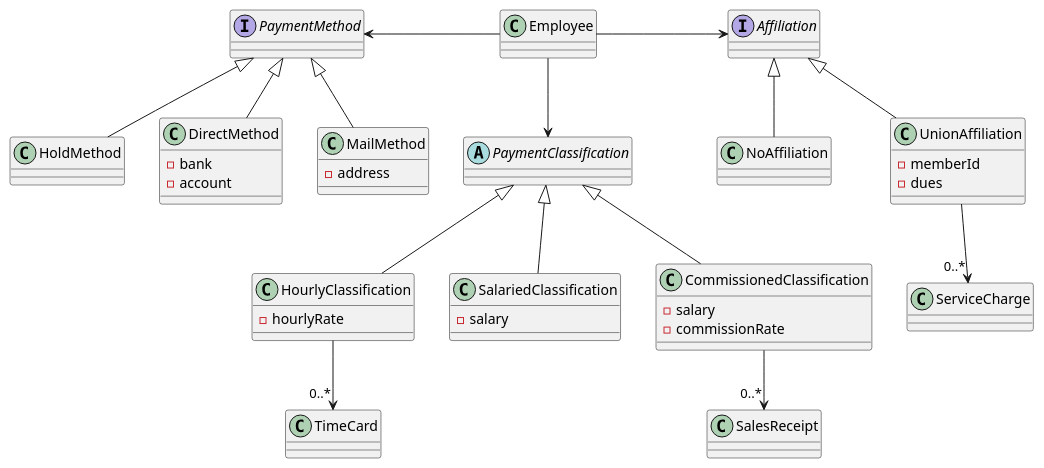
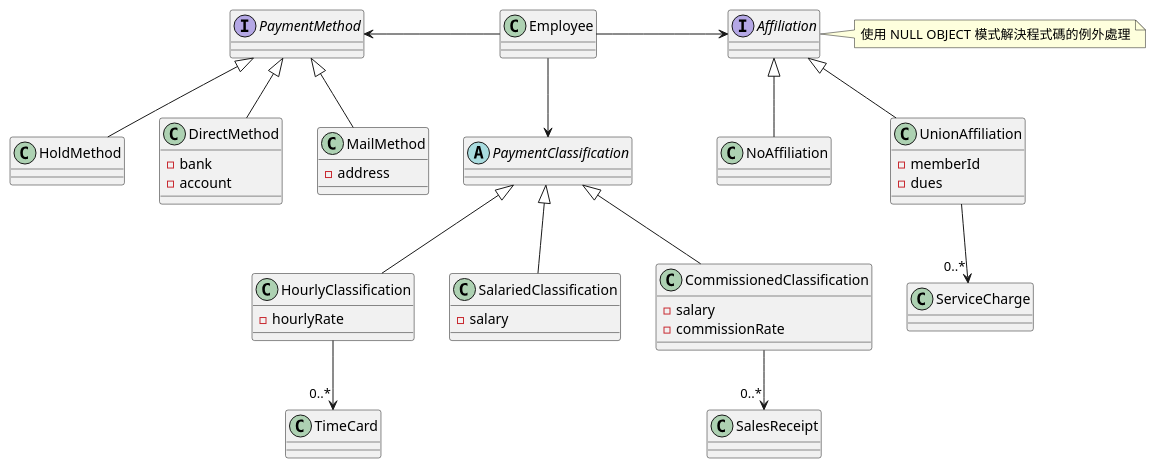
The diagram in uml/main.puml (sugky7302/clean-code-salary-practice), drawn with PlantUML before and after one commit. The commit also changed 6 other files, not shown here.

Commit message:
完成薪水支付方法的時序圖

```diff
--- a/uml/main.puml
+++ b/uml/main.puml
@@ -1,53 +1,56 @@
 @startuml main
 ' 支付方式
 interface PaymentMethod
 class HoldMethod
 class DirectMethod {
     - bank
     - account
 }
 class MailMethod {
     - address
 }
 PaymentMethod <|-- HoldMethod
 PaymentMethod <|-- DirectMethod
 PaymentMethod <|-- MailMethod
 
 ' 薪水類別
 abstract class PaymentClassification
 class HourlyClassification {
     - hourlyRate
 }
 class SalariedClassification {
     - salary
 }
 class CommissionedClassification {
     - salary
     - commissionRate
 }
 class TimeCard
 class SalesReceipt
 PaymentClassification <|-- HourlyClassification
 PaymentClassification <|-- SalariedClassification
 PaymentClassification <|-- CommissionedClassification
 HourlyClassification --> "0..*" TimeCard
 CommissionedClassification --> "0..*" SalesReceipt
 
 ' 工會類別
 interface Affiliation
+note right of Affiliation
+    使用 NULL OBJECT 模式解決程式碼的例外處理
+end note
 class NoAffiliation
 class UnionAffiliation {
     - memberId
     - dues
 }
 class ServiceCharge
 UnionAffiliation --> "0..*" ServiceCharge
-Affiliation <|-- NoAffiliation
+Affiliation <|-down- NoAffiliation
 Affiliation <|-- UnionAffiliation
 
 ' 主要的類別
 class Employee
 Employee -down-> PaymentClassification
 Employee -left-> PaymentMethod
 Employee -right-> Affiliation
 @enduml
```
